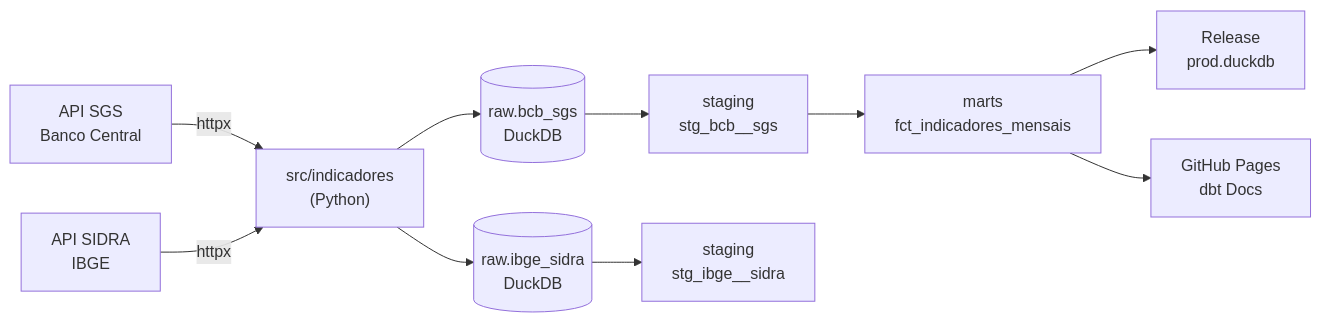
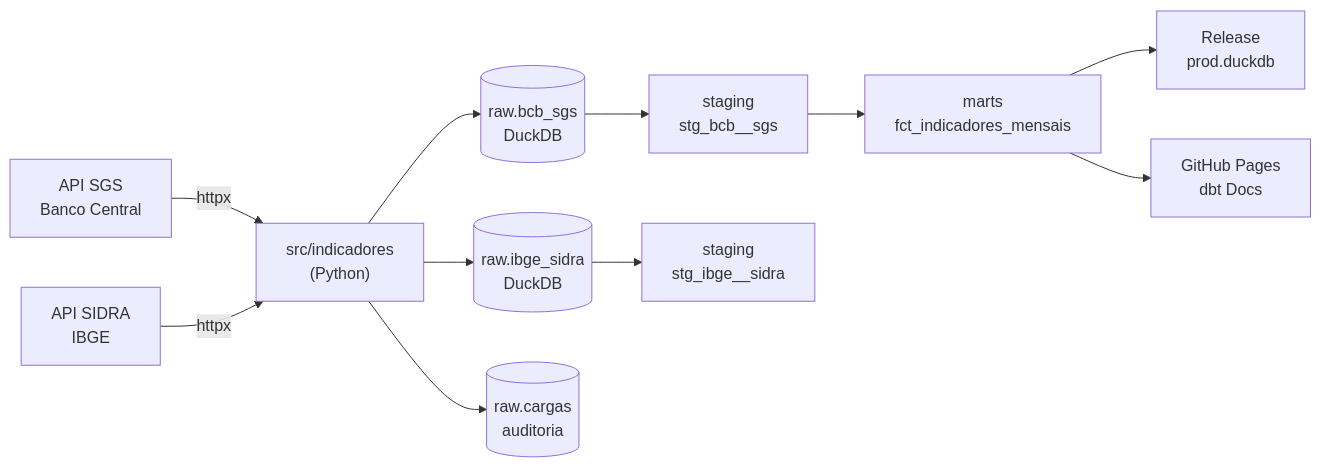
One commit to Jones51/indicadores-br changed the first of 3 diagrams in README.md. Above: the diagram before and after it, drawn with Mermaid. The commit also changed other lines of this file and 2 other files, not shown here.

````diff
--- a/README.md
+++ b/README.md
@@ -5,12 +5,13 @@
 ```mermaid
 flowchart LR
     api["API SGS<br/>Banco Central"] -->|httpx| py["src/indicadores<br/>(Python)"]
     sidra["API SIDRA<br/>IBGE"] -->|httpx| py
     py --> raw[("raw.bcb_sgs<br/>DuckDB")]
     py --> rawi[("raw.ibge_sidra<br/>DuckDB")]
+    py --> aud[("raw.cargas<br/>auditoria")]
     raw --> stg["staging<br/>stg_bcb__sgs"]
     rawi --> stgi["staging<br/>stg_ibge__sidra"]
     stg --> mart["marts<br/>fct_indicadores_mensais"]
     mart --> rel["Release<br/>prod.duckdb"]
     mart --> docs["GitHub Pages<br/>dbt Docs"]
 ```
````
